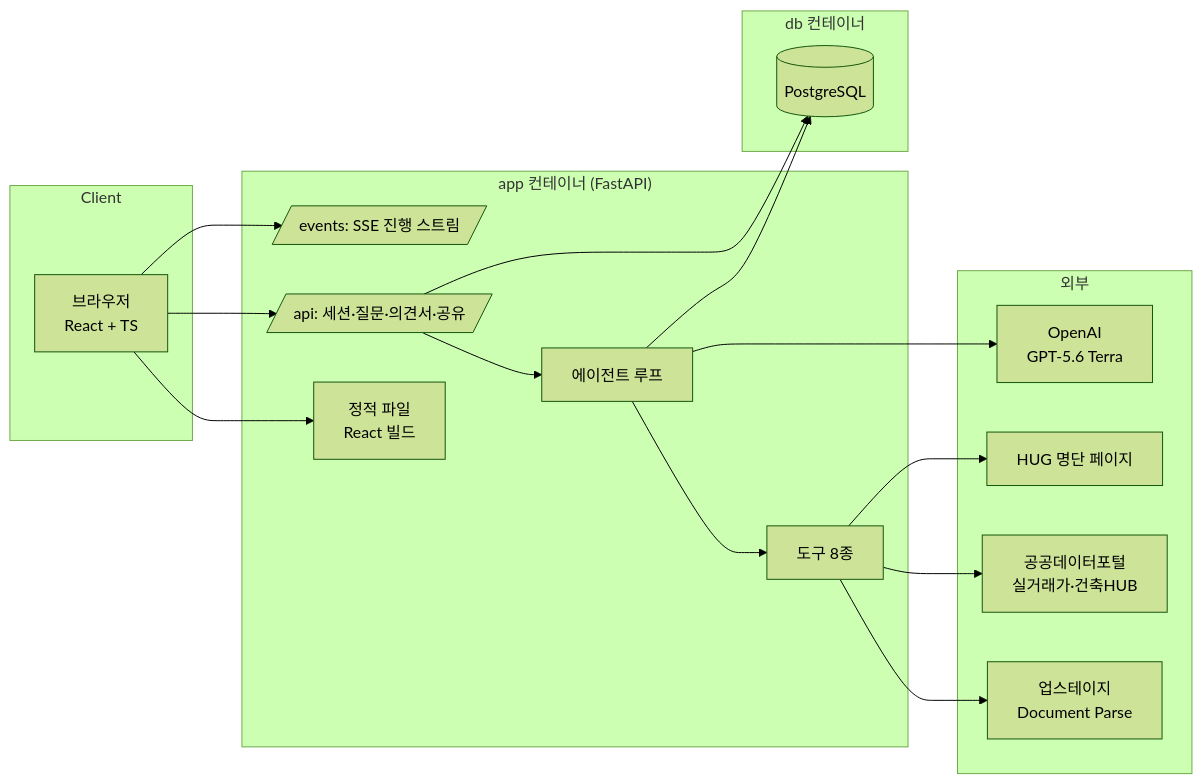
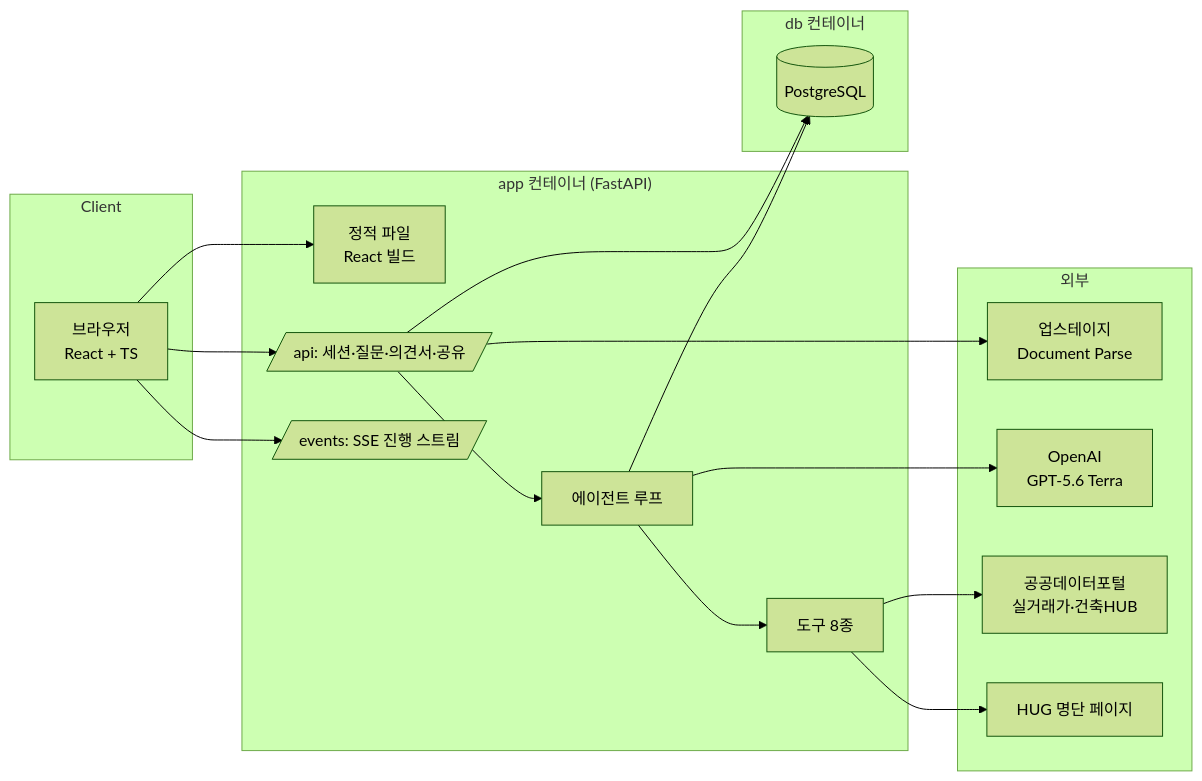
The diagram in docs/specs/05-INFRA/JSD-INFRA-001.md (HoyoungParkme/deposit-guard), drawn with Mermaid (forest theme) before and after one commit. The commit also changed other lines of this file, not shown here.

````diff
--- a/docs/specs/05-INFRA/JSD-INFRA-001.md
+++ b/docs/specs/05-INFRA/JSD-INFRA-001.md
@@ -65,33 +65,33 @@
 ```mermaid
 flowchart LR
     subgraph Client
         B[브라우저<br/>React + TS]
     end
     subgraph App["app 컨테이너 (FastAPI)"]
         S[정적 파일<br/>React 빌드]
         API[/api: 세션·질문·의견서·공유/]
         SSE[/events: SSE 진행 스트림/]
         AG[에이전트 루프]
         TL[도구 8종]
     end
     subgraph DB["db 컨테이너"]
         PG[(PostgreSQL)]
     end
     subgraph Ext[외부]
         UP[업스테이지<br/>Document Parse]
         OA[OpenAI<br/>GPT-5.6 Terra]
         GO[공공데이터포털<br/>실거래가·건축HUB]
         HUG[HUG 명단 페이지]
     end
     B --> S
     B --> API
     B --> SSE
     API --> AG
     AG --> TL
     AG --> OA
-    TL --> UP
+    API --> UP
     TL --> GO
     TL --> HUG
     AG --> PG
     API --> PG
 ```
````
